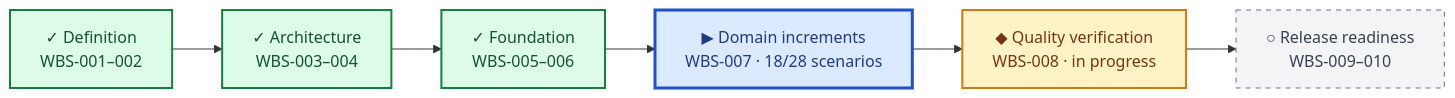
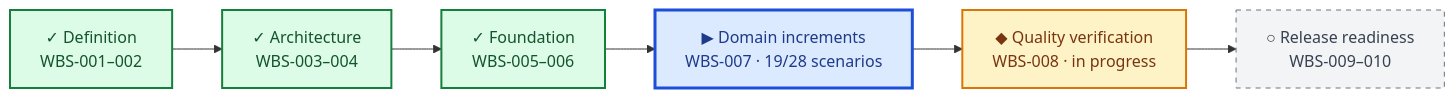
One commit to stoarch/testA2 changed the diagram in DASHBOARD/PROGRESS.md. Above: the diagram before and after it, drawn with Mermaid. The commit also changed other lines of this file and 21 other files, not shown here.

````diff
--- a/DASHBOARD/PROGRESS.md
+++ b/DASHBOARD/PROGRESS.md
@@ -7,17 +7,17 @@
 ```mermaid
 flowchart LR
     M1["✓ Definition<br/>WBS-001–002"] --> M2["✓ Architecture<br/>WBS-003–004"]
     M2 --> M3["✓ Foundation<br/>WBS-005–006"]
-    M3 --> M4["▶ Domain increments<br/>WBS-007 · 18/28 scenarios"]
+    M3 --> M4["▶ Domain increments<br/>WBS-007 · 19/28 scenarios"]
     M4 --> M5["◆ Quality verification<br/>WBS-008 · in progress"]
     M5 --> M6["○ Release readiness<br/>WBS-009–010"]
 
     classDef done fill:#dcfce7,stroke:#15803d,color:#14532d,stroke-width:2px;
     classDef active fill:#dbeafe,stroke:#1d4ed8,color:#1e3a8a,stroke-width:3px;
     classDef parallel fill:#fef3c7,stroke:#d97706,color:#78350f,stroke-width:2px;
     classDef planned fill:#f3f4f6,stroke:#6b7280,color:#374151,stroke-dasharray:5 5;
     class M1,M2,M3 done;
     class M4 active;
     class M5 parallel;
     class M6 planned;
 ```
````
